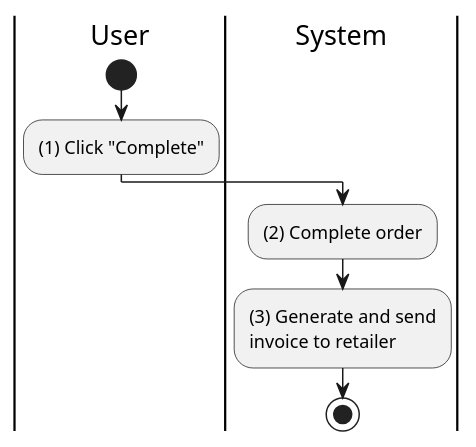
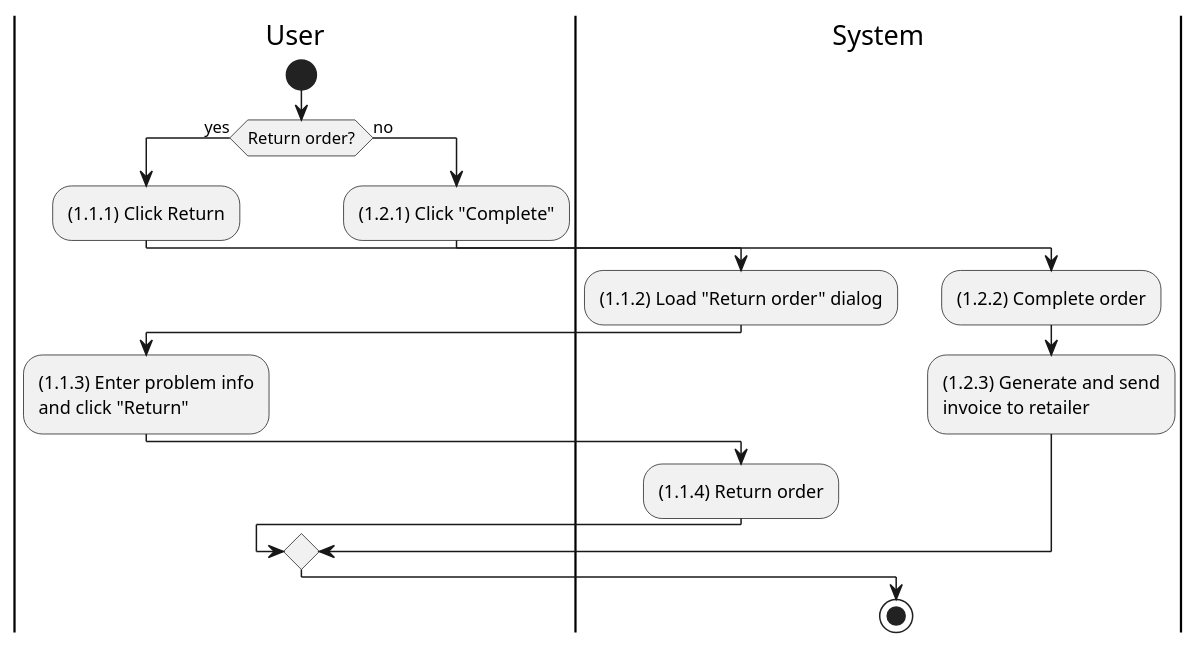
Before and after one commit to phihungha/scmss-reqs: the diagram in activities/sales-order-complete.plantuml, drawn with PlantUML. The commit also changed 7 other files, not shown here.

```diff
--- a/activities/sales-order-complete.plantuml
+++ b/activities/sales-order-complete.plantuml
@@ -1,13 +1,28 @@
 @startuml sales-order-complete
 |u|User
 |s|System
 
 |u|
 start
-:(1) Click "Complete";
+if (Return order?) then (yes)
+    |u|
+    :(1.1.1) Click Return;
 
-|s|
-:(2) Complete order;
-:(3) Generate and send\ninvoice to retailer;
+    |s|
+    :(1.1.2) Load "Return order" dialog;
+
+    |u|
+    :(1.1.3) Enter problem info\nand click "Return";
+
+    |s|
+    :(1.1.4) Return order;
+else (no)
+    |u|
+    :(1.2.1) Click "Complete";
+
+    |s|
+    :(1.2.2) Complete order;
+    :(1.2.3) Generate and send\ninvoice to retailer;
+endif
 stop
 @enduml
```
